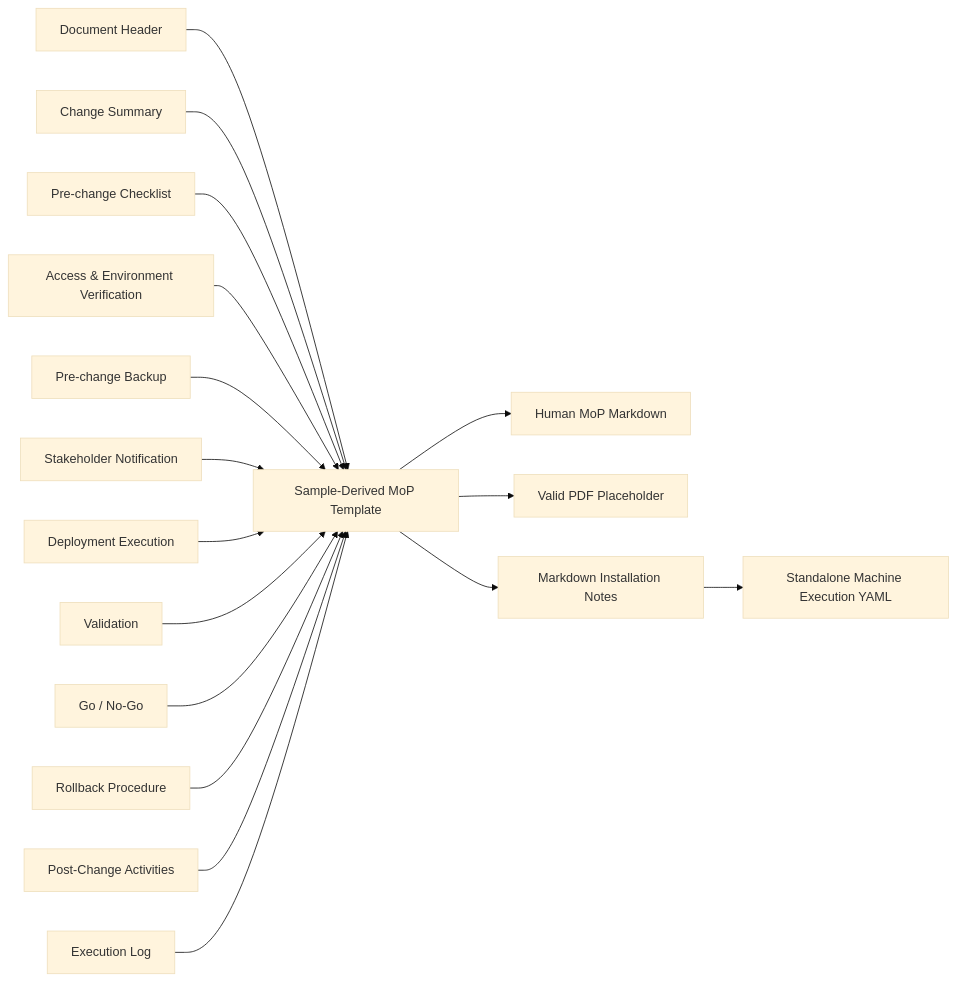
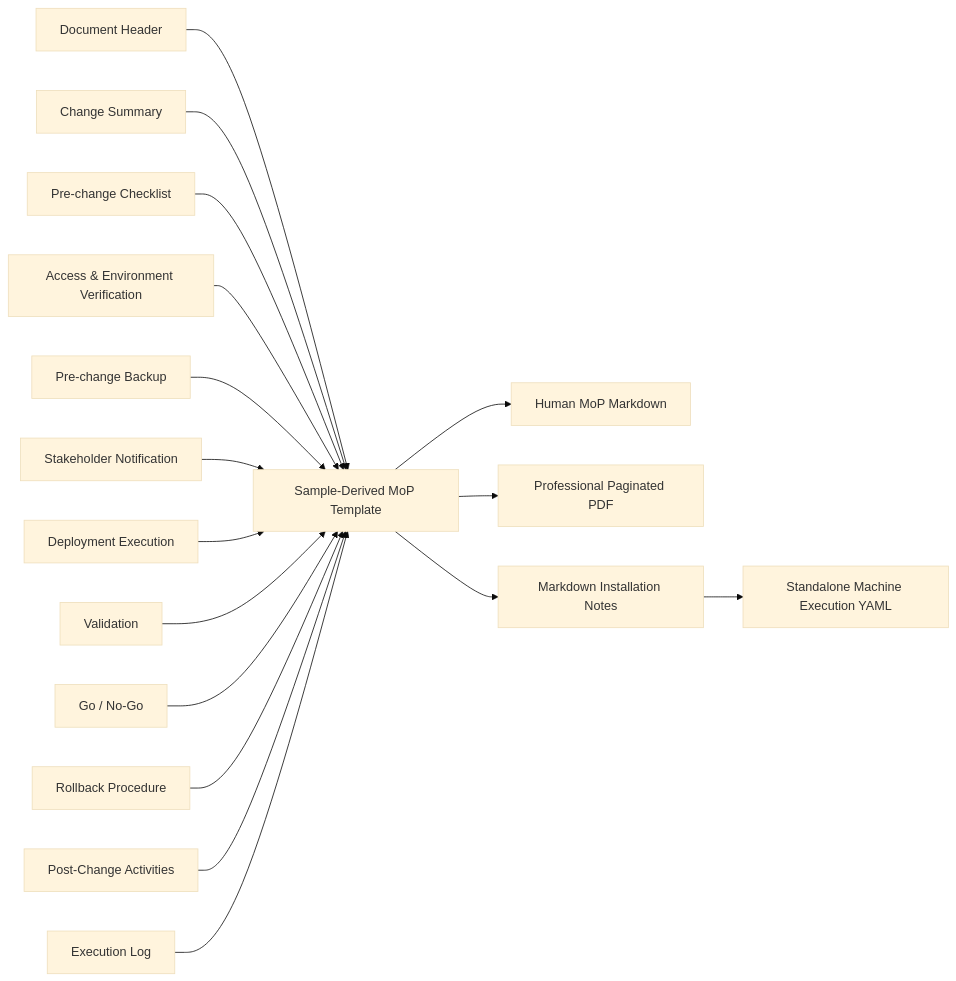
Before and after one commit to aveeshek/bosgenesis-mop-creation-agent: the sixth of 7 diagrams in docs/04_ALGORITHM_MOP_CREATION_AGENT.md, drawn with Mermaid (base theme). The commit also changed other lines of this file and 26 other files, not shown here.

Commit message:
Implement phase 7 professional PDF renderer

````diff
--- a/docs/04_ALGORITHM_MOP_CREATION_AGENT.md
+++ b/docs/04_ALGORITHM_MOP_CREATION_AGENT.md
@@ -474,19 +474,19 @@
 ```mermaid
 flowchart LR
     Header["Document Header"] --> Template["Sample-Derived MoP Template"]
     Summary["Change Summary"] --> Template
     Checklist["Pre-change Checklist"] --> Template
     Access["Access & Environment Verification"] --> Template
     Backup["Pre-change Backup"] --> Template
     Notify["Stakeholder Notification"] --> Template
     Execute["Deployment Execution"] --> Template
     Validate["Validation"] --> Template
     Decision["Go / No-Go"] --> Template
     Rollback["Rollback Procedure"] --> Template
     Post["Post-Change Activities"] --> Template
     Log["Execution Log"] --> Template
     Template --> Human["Human MoP Markdown"]
-    Template --> PDF["Valid PDF Placeholder"]
+    Template --> PDF["Professional Paginated PDF"]
     Template --> Notes["Markdown Installation Notes"]
     Notes --> Plan["Standalone Machine Execution YAML"]
 ```
````
